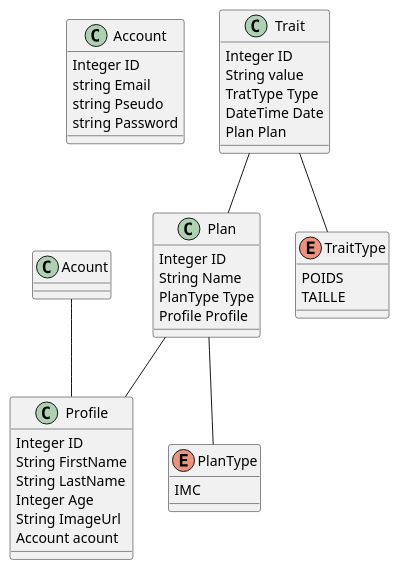
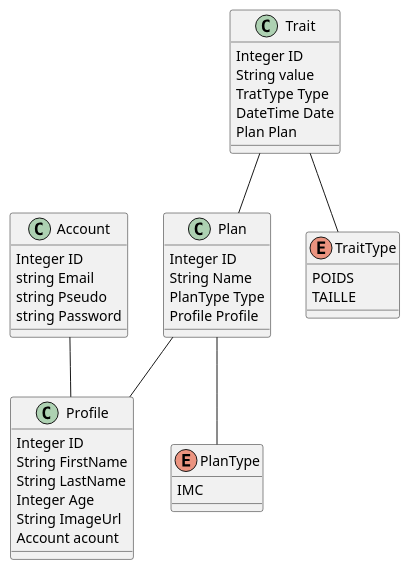
Before and after one commit to darkshark29/heal-fit: the diagram in UML/plant-UML/classes.puml, drawn with PlantUML. The commit also changed 1 other file, not shown here.

Commit message:
UML again

```diff
--- a/UML/plant-UML/classes.puml
+++ b/UML/plant-UML/classes.puml
@@ -1,57 +1,57 @@
 @startuml
 
 class Account
 {
 	Integer ID
 	string Email
 	string Pseudo
 	string Password
 }
 
 class Profile
 {
 	Integer ID
 	String FirstName
 	String LastName
 	Integer Age
 	String ImageUrl
 	Account acount
 }
 
-Acount -- Profile
+Account -- Profile
 
 enum PlanType
 {
 	IMC
 }
 
 class Plan
 {
 	Integer ID
 	String Name
 	PlanType Type
 	Profile Profile
 }
 
 Plan -- PlanType
 Plan -- Profile
 
 enum TraitType
 {
 	POIDS
 	TAILLE
 }
 
 class Trait
 { 
 	Integer ID
 	String value
 	TratType Type
 	DateTime Date
 	Plan Plan
 }
 
 Trait -- TraitType
 Trait -- Plan
 
 @enduml
```
